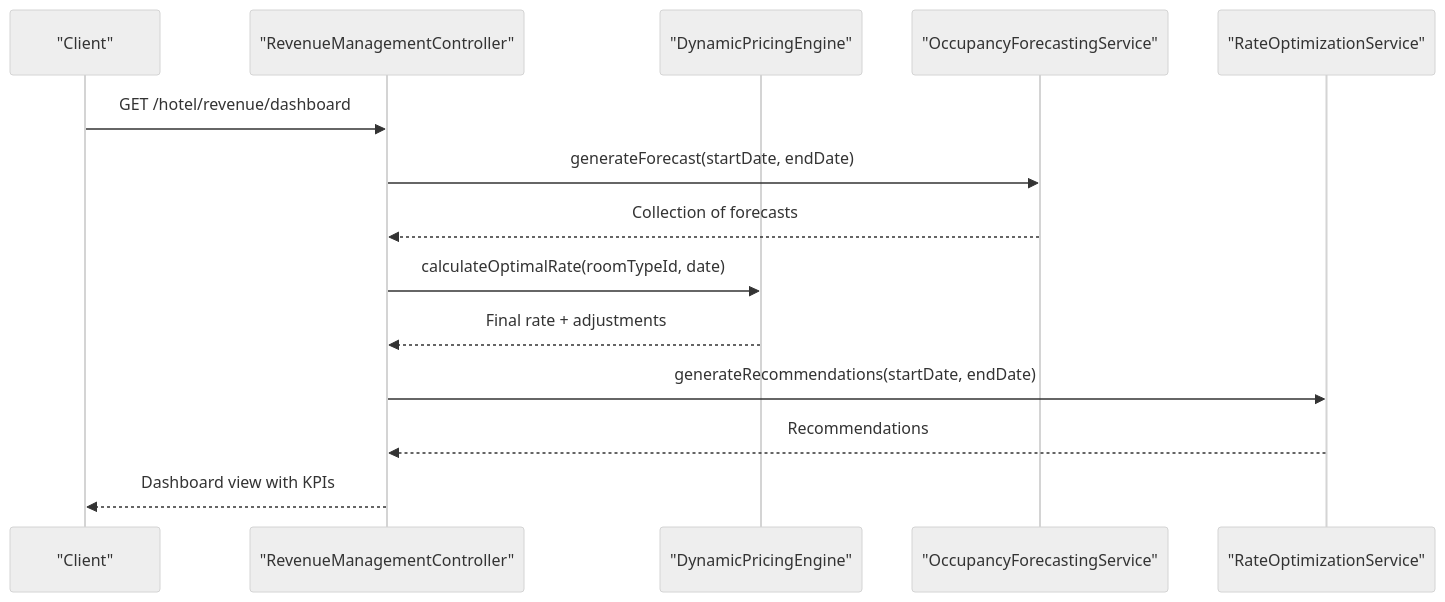
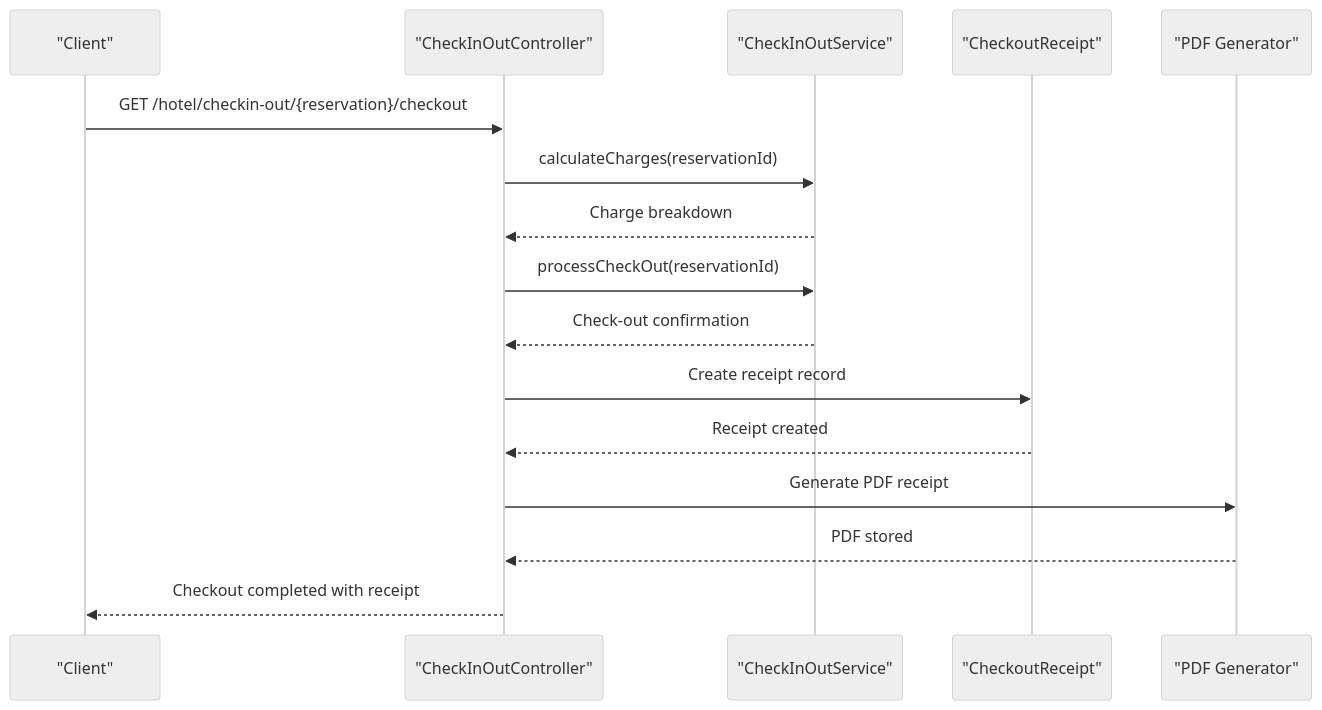
The second of 11 diagrams in .qoder/repowiki/en/content/Industry-Specific Modules/Hotel & Resort Management Module/Hotel & Resort Management Module.md (wahyudedik/qalcuityERP), drawn with Mermaid (neutral theme) before and after one commit. The commit also changed other lines of this file and 626 other files, not shown here.

````diff
--- a/.qoder/repowiki/en/content/Industry-Specific Modules/Hotel & Resort Management Module/Hotel & Resort Management Module.md
+++ b/.qoder/repowiki/en/content/Industry-Specific Modules/Hotel & Resort Management Module/Hotel & Resort Management Module.md
@@ -134,16 +192,18 @@
 ```mermaid
 sequenceDiagram
 participant Client as "Client"
-participant Controller as "RevenueManagementController"
-participant Pricing as "DynamicPricingEngine"
-participant Forecast as "OccupancyForecastingService"
-participant RateOpt as "RateOptimizationService"
-Client->>Controller : GET /hotel/revenue/dashboard
-Controller->>Forecast : generateForecast(startDate, endDate)
-Forecast-->>Controller : Collection of forecasts
-Controller->>Pricing : calculateOptimalRate(roomTypeId, date)
-Pricing-->>Controller : Final rate + adjustments
-Controller->>RateOpt : generateRecommendations(startDate, endDate)
-RateOpt-->>Controller : Recommendations
-Controller-->>Client : Dashboard view with KPIs
+participant Controller as "CheckInOutController"
+participant Service as "CheckInOutService"
+participant Receipt as "CheckoutReceipt"
+participant PDF as "PDF Generator"
+Client->>Controller : GET /hotel/checkin-out/{reservation}/checkout
+Controller->>Service : calculateCharges(reservationId)
+Service-->>Controller : Charge breakdown
+Controller->>Service : processCheckOut(reservationId)
+Service-->>Controller : Check-out confirmation
+Controller->>Receipt : Create receipt record
+Receipt-->>Controller : Receipt created
+Controller->>PDF : Generate PDF receipt
+PDF-->>Controller : PDF stored
+Controller-->>Client : Checkout completed with receipt
 ```
````
